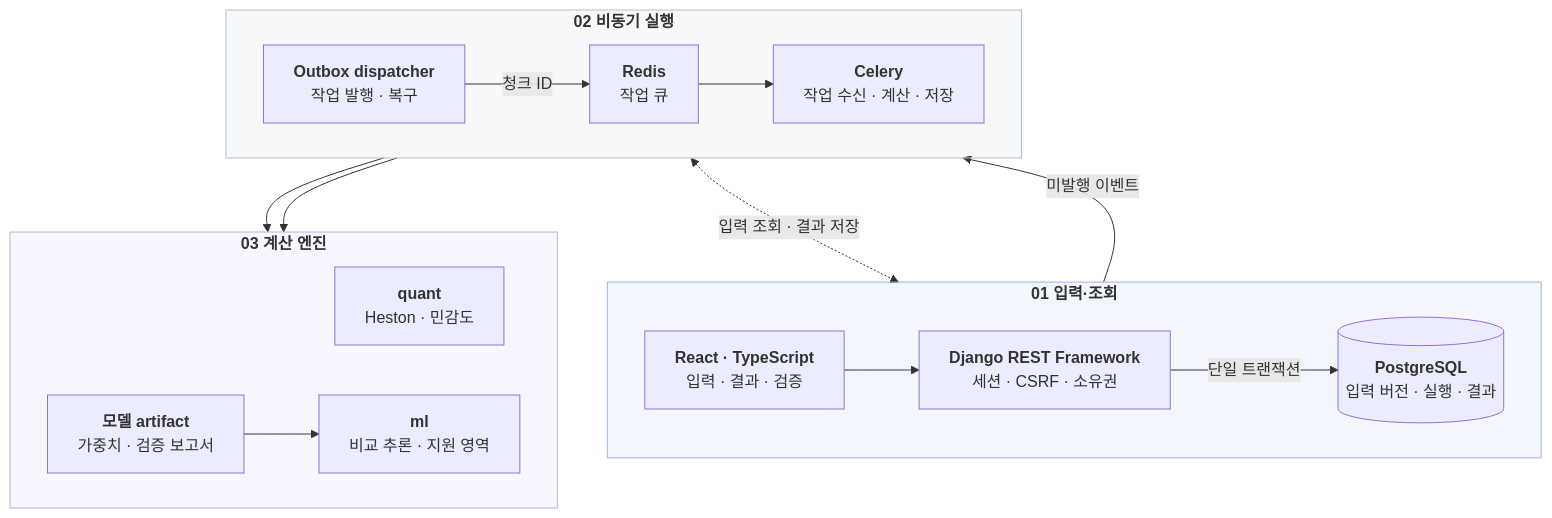
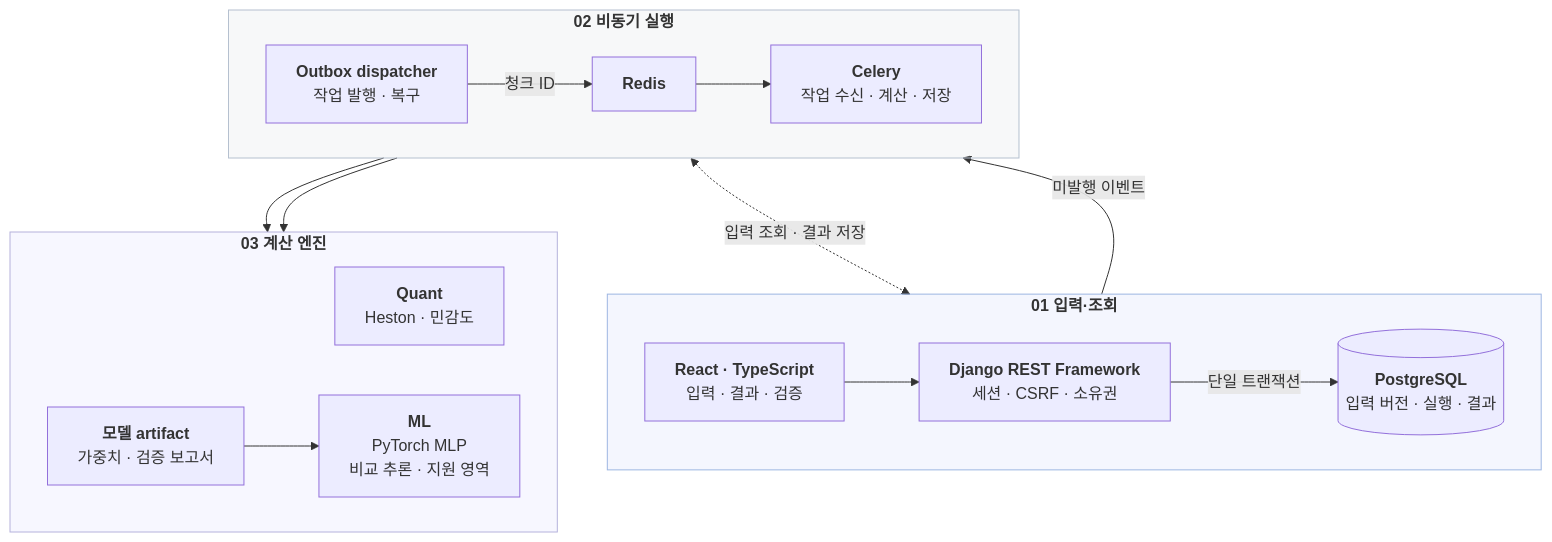
The diagram in README.md (limbj/option-risk-platform), drawn with Mermaid before and after one commit.

Commit message:
Refine diagram labels and identify the MLP model

````diff
--- a/README.md
+++ b/README.md
@@ -49,28 +49,28 @@
 ```mermaid
 flowchart TB
     subgraph HTTP["<b>01 입력·조회</b>"]
         direction LR
         UI["<b>React · TypeScript</b><br/>입력 · 결과 · 검증"] --> API["<b>Django REST Framework</b><br/>세션 · CSRF · 소유권"]
         API -->|단일 트랜잭션| DB[("<b>PostgreSQL</b><br/>입력 버전 · 실행 · 결과")]
     end
     subgraph JOBS["<b>02 비동기 실행</b>"]
         direction LR
-        DIS["<b>Outbox dispatcher</b><br/>작업 발행 · 복구"] -->|청크 ID| RED["<b>Redis</b><br/>작업 큐"]
+        DIS["<b>Outbox dispatcher</b><br/>작업 발행 · 복구"] -->|청크 ID| RED["<b>Redis</b>"]
         RED --> WORK["<b>Celery</b><br/>작업 수신 · 계산 · 저장"]
     end
     subgraph ENGINE["<b>03 계산 엔진</b>"]
         direction LR
-        QUANT["<b>quant</b><br/>Heston · 민감도"]
-        ML["<b>ml</b><br/>비교 추론 · 지원 영역"]
+        QUANT["<b>Quant</b><br/>Heston · 민감도"]
+        ML["<b>ML</b><br/>PyTorch MLP<br/>비교 추론 · 지원 영역"]
         ART["<b>모델 artifact</b><br/>가중치 · 검증 보고서"] --> ML
     end
     DB -->|미발행 이벤트| DIS
     WORK <-.->|입력 조회 · 결과 저장| DB
     WORK --> QUANT
     WORK --> ML
     WORK ~~~ ART
 
     style HTTP fill:#315ae80d,stroke:#9db6e2
     style JOBS fill:#64748b0d,stroke:#b5c0cf
     style ENGINE fill:#6366f10d,stroke:#b5b2dc
 ```
````
